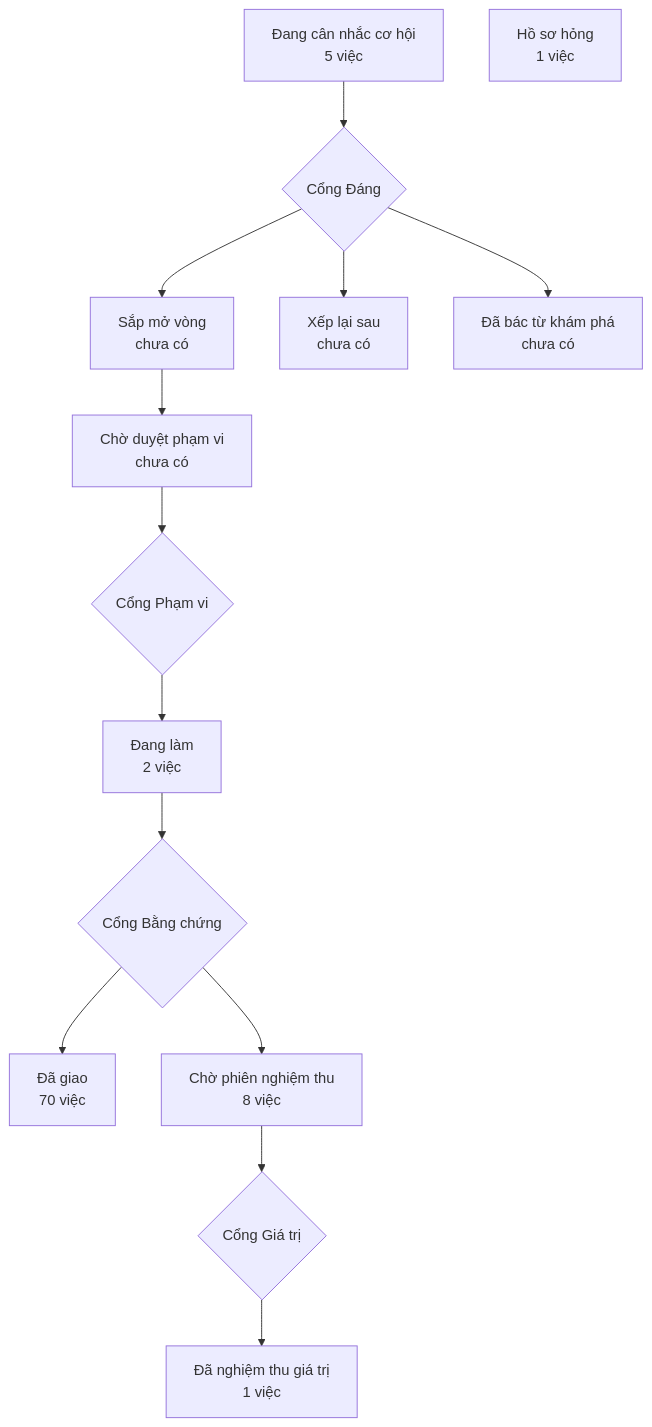
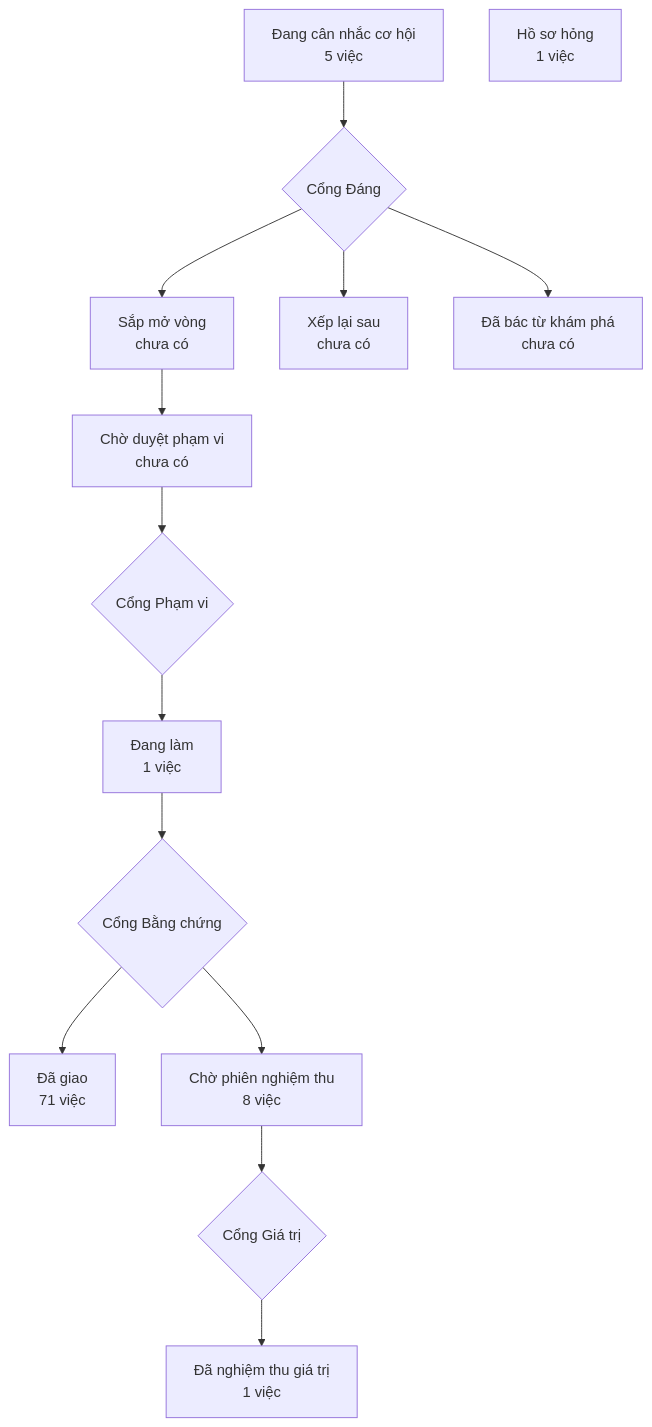
One commit to phanlemanh/crm-onehub changed the diagram in PRODUCT-MAP.md. Above: the diagram before and after it, drawn with Mermaid. The commit also changed 3 other files, not shown here.

````diff
--- a/PRODUCT-MAP.md
+++ b/PRODUCT-MAP.md
@@ -6,13 +6,13 @@
 ```mermaid
 flowchart TD
   A["Đang cân nhắc cơ hội<br/>5 việc"] --> GD{"Cổng Đáng"}
   GD --> B["Sắp mở vòng<br/>chưa có"]
   GD --> XL["Xếp lại sau<br/>chưa có"]
   GD --> DB["Đã bác từ khám phá<br/>chưa có"]
   B --> CD["Chờ duyệt phạm vi<br/>chưa có"] --> GP{"Cổng Phạm vi"}
-  GP --> DL["Đang làm<br/>2 việc"] --> GB{"Cổng Bằng chứng"}
-  GB --> DG["Đã giao<br/>70 việc"]
+  GP --> DL["Đang làm<br/>1 việc"] --> GB{"Cổng Bằng chứng"}
+  GB --> DG["Đã giao<br/>71 việc"]
   GB --> CN["Chờ phiên nghiệm thu<br/>8 việc"] --> GG{"Cổng Giá trị"}
   GG --> NT["Đã nghiệm thu giá trị<br/>1 việc"]
   HS["Hồ sơ hỏng<br/>1 việc"]
 ```
````
